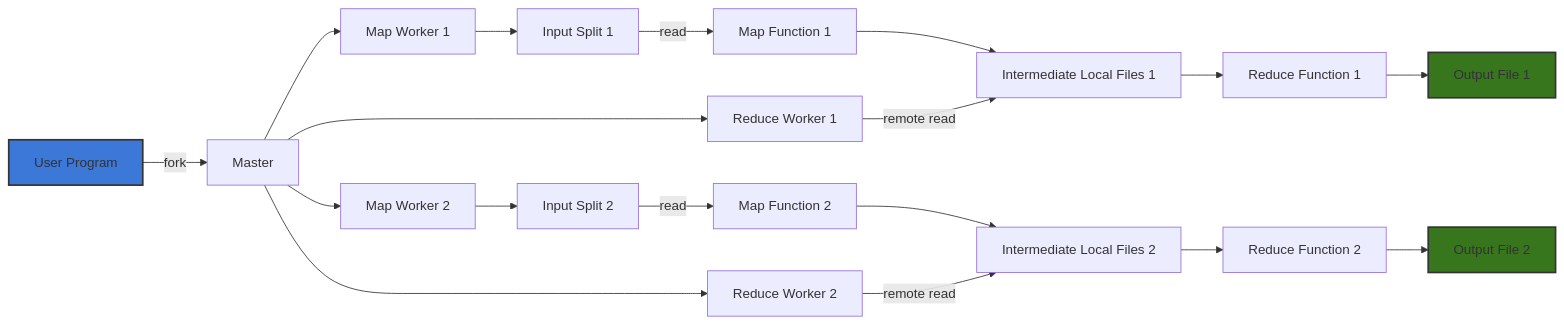
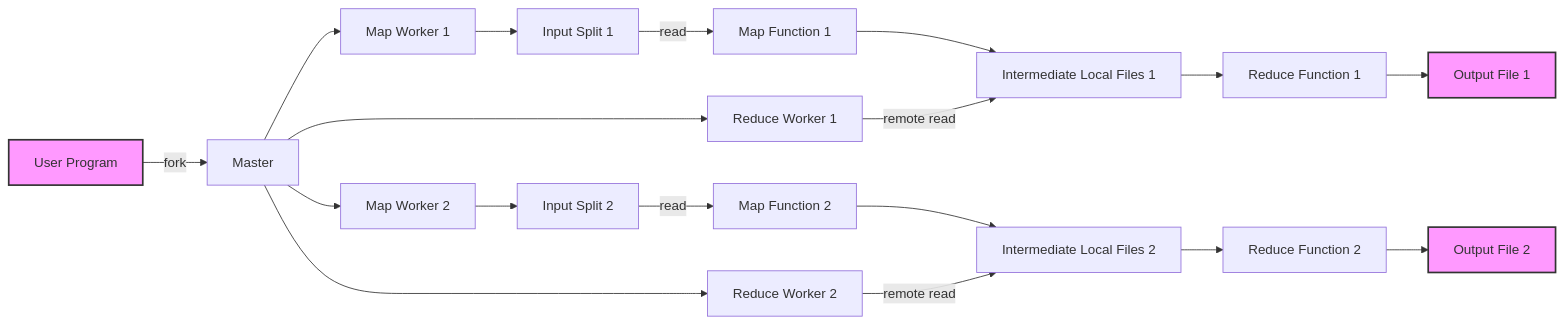
One commit to klaytoncastro/idp-bigdata changed the diagram in hadoop/README.md. Above: the diagram before and after it, drawn with Mermaid.

Commit message:
Update Hadoop

````diff
--- a/hadoop/README.md
+++ b/hadoop/README.md
@@ -72,30 +72,29 @@
 ```mermaid
 graph LR
     A[User Program] -->|fork| B[Master];
     
     %% Map Phase
     B --> C1[Map Worker 1];
     B --> C2[Map Worker 2];
     C1 --> D1[Input Split 1];
     C2 --> D2[Input Split 2];
     D1 -->|read| E1[Map Function 1];
     D2 -->|read| E2[Map Function 2];
     E1 --> F1[Intermediate Local Files 1];
     E2 --> F2[Intermediate Local Files 2];
 
     %% Reduce Phase
     B --> G1[Reduce Worker 1];
     B --> G2[Reduce Worker 2];
     G1 -->|remote read| F1;
     G2 -->|remote read| F2;
     F1 --> H1[Reduce Function 1];
     F2 --> H2[Reduce Function 2];
     H1 --> I1[Output File 1];
     H2 --> I2[Output File 2];
 
-%% Estilos globais para o tema escuro e claro
-    classDef user fill:#3C78D8,stroke:#333,stroke-width:2px;
-    classDef output fill:#38761D,stroke:#333,stroke-width:2px;
-    class A user;
-    class I1,I2 output;
+    %% Destaques visuais (opcional)
+    style A fill:#f9f,stroke:#333,stroke-width:2px
+    style I1 fill:#f9f,stroke:#333,stroke-width:2px
+    style I2 fill:#f9f,stroke:#333,stroke-width:2px
 ```
````
